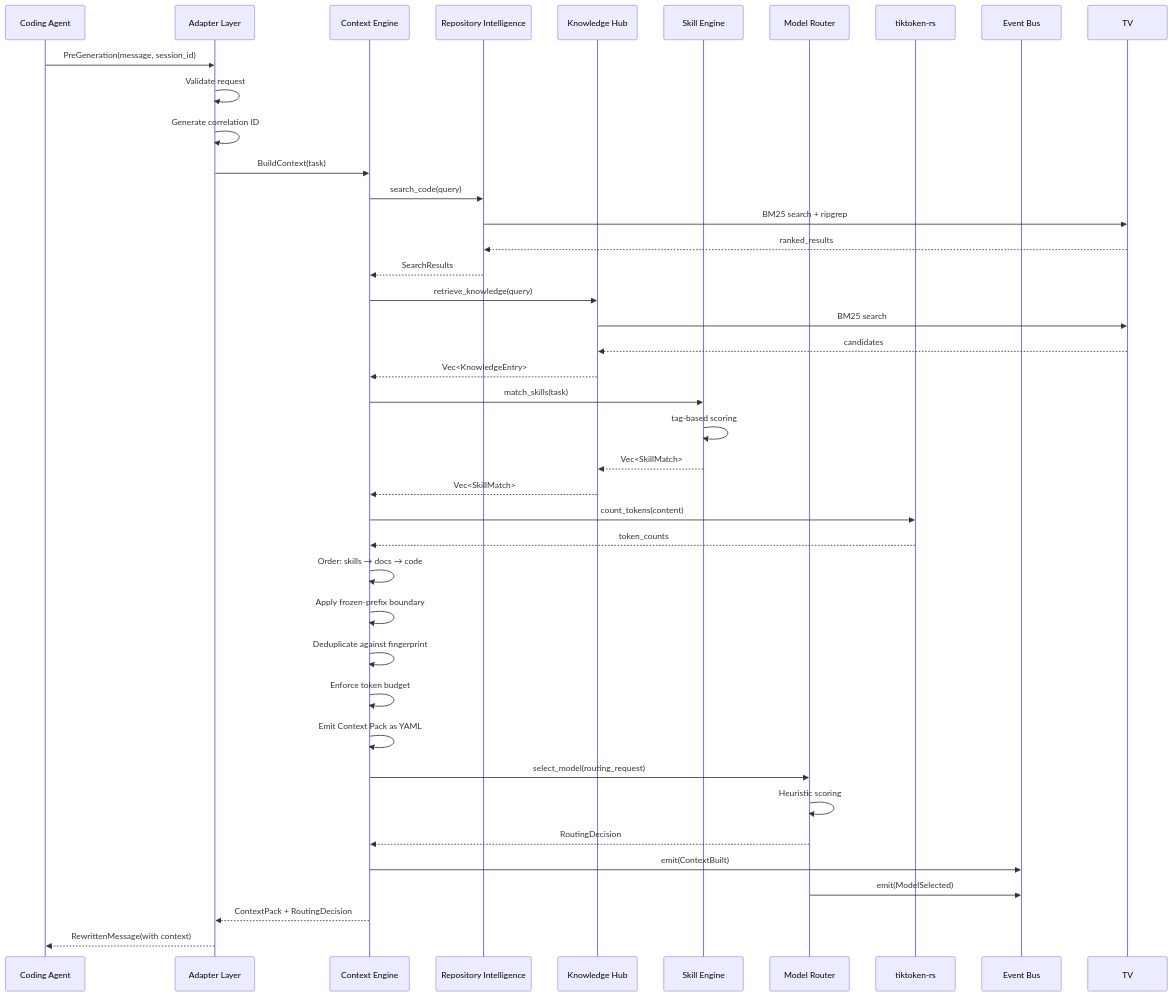
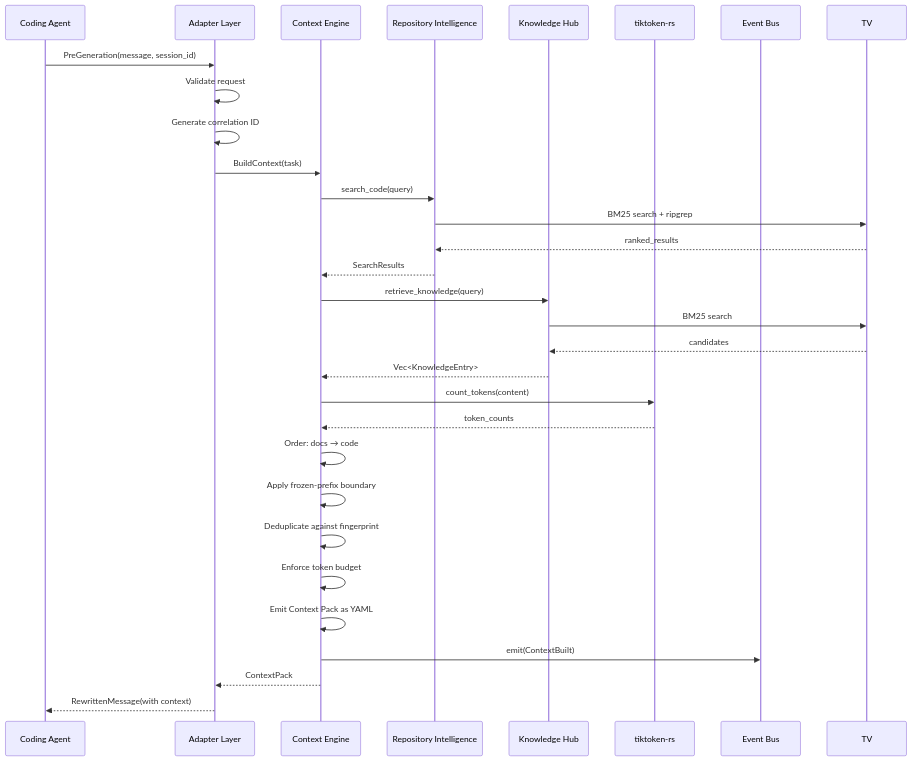
One commit to leonortega/coderun changed the second of 9 diagrams in docs/01-architecture/DATA_FLOW.md. Above: the diagram before and after it, drawn with Mermaid. The commit also changed other lines of this file and 260 other files, not shown here.

First line of the commit message:
feat: Add AI Runtime V1 Specification and update roadmap

````diff
--- a/docs/01-architecture/DATA_FLOW.md
+++ b/docs/01-architecture/DATA_FLOW.md
@@ -78,52 +83,40 @@
 ```mermaid
 sequenceDiagram
     participant Agent as Coding Agent
     participant AD as Adapter Layer
     participant CE as Context Engine
     participant RI as Repository Intelligence
     participant KH as Knowledge Hub
-    participant SE as Skill Engine
-    participant MR as Model Router
     participant TC as tiktoken-rs
     participant EB as Event Bus
 
     Agent->>AD: PreGeneration(message, session_id)
     AD->>AD: Validate request
     AD->>AD: Generate correlation ID
 
     AD->>CE: BuildContext(task)
 
     CE->>RI: search_code(query)
     RI->>TV: BM25 search + ripgrep
     TV-->>RI: ranked_results
     RI-->>CE: SearchResults
 
     CE->>KH: retrieve_knowledge(query)
     KH->>TV: BM25 search
     TV-->>KH: candidates
     KH-->>CE: Vec<KnowledgeEntry>
 
-    CE->>SE: match_skills(task)
-    SE->>SE: tag-based scoring
-    SE-->>KH: Vec<SkillMatch>
-    KH-->>CE: Vec<SkillMatch>
-
     CE->>TC: count_tokens(content)
     TC-->>CE: token_counts
 
-    CE->>CE: Order: skills → docs → code
+    CE->>CE: Order: docs → code
     CE->>CE: Apply frozen-prefix boundary
     CE->>CE: Deduplicate against fingerprint
     CE->>CE: Enforce token budget
     CE->>CE: Emit Context Pack as YAML
 
-    CE->>MR: select_model(routing_request)
-    MR->>MR: Heuristic scoring
-    MR-->>CE: RoutingDecision
+    CE->>EB: emit(ContextBuilt)
 
-    CE->>EB: emit(ContextBuilt)
-    MR->>EB: emit(ModelSelected)
-
-    CE-->>AD: ContextPack + RoutingDecision
+    CE-->>AD: ContextPack
     AD-->>Agent: RewrittenMessage(with context)
 ```
````
